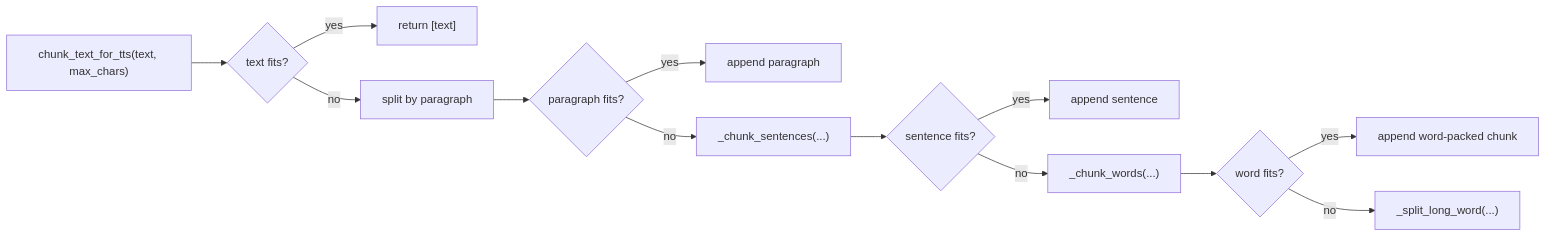
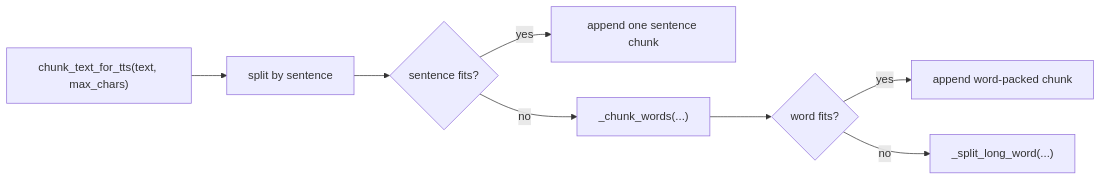
One commit to gaelic-ghost/speak-to-user changed the fifth of 5 diagrams in WORKFLOWS.md. Above: the diagram before and after it, drawn with Mermaid. The commit also changed other lines of this file and 4 other files, not shown here.

Commit message:
Simplify speak_text sentence chunking

````diff
--- a/WORKFLOWS.md
+++ b/WORKFLOWS.md
@@ -83,15 +83,10 @@
 ```mermaid
 flowchart LR
-    A["chunk_text_for_tts(text, max_chars)"] --> B{"text fits?"}
-    B -->|yes| C["return [text]"]
-    B -->|no| D["split by paragraph"]
-    D --> E{"paragraph fits?"}
-    E -->|yes| F["append paragraph"]
-    E -->|no| G["_chunk_sentences(...)"]
-    G --> H{"sentence fits?"}
-    H -->|yes| I["append sentence"]
-    H -->|no| J["_chunk_words(...)"]
-    J --> K{"word fits?"}
-    K -->|yes| L["append word-packed chunk"]
-    K -->|no| M["_split_long_word(...)"]
+    A["chunk_text_for_tts(text, max_chars)"] --> B["split by sentence"]
+    B --> C{"sentence fits?"}
+    C -->|yes| D["append one sentence chunk"]
+    C -->|no| E["_chunk_words(...)"]
+    E --> F{"word fits?"}
+    F -->|yes| G["append word-packed chunk"]
+    F -->|no| H["_split_long_word(...)"]
 ```
````
